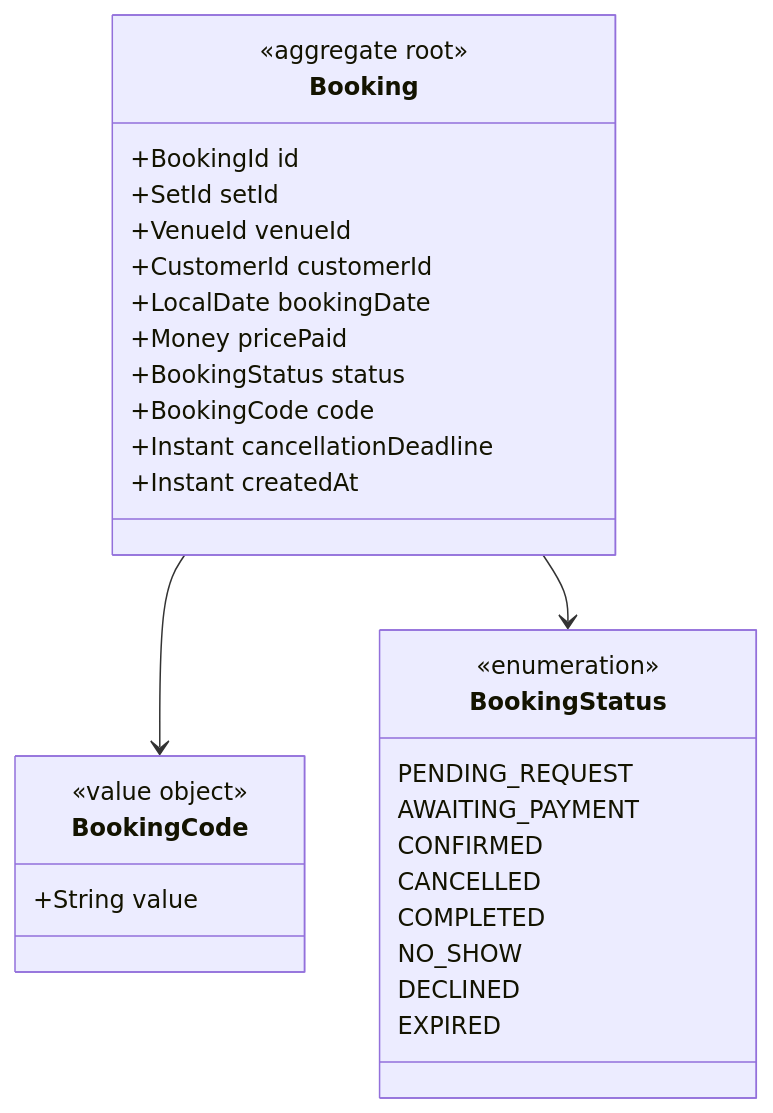
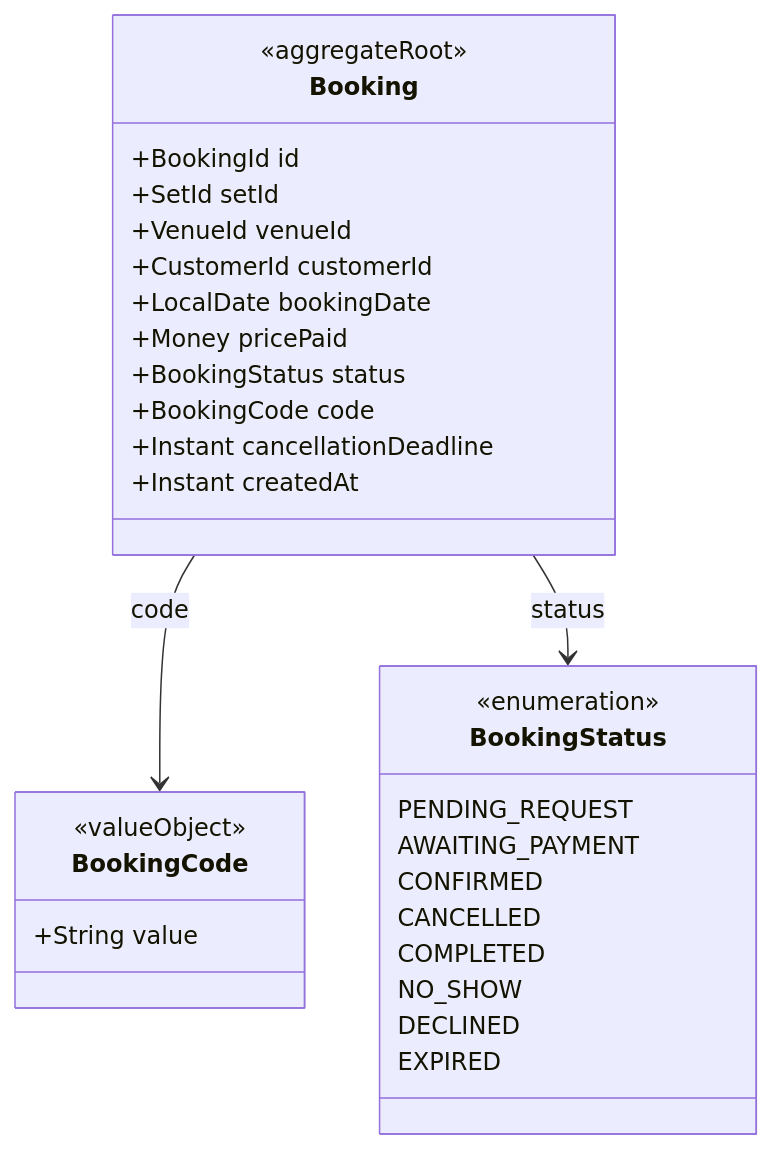
The fifth of 12 diagrams in docs/architecture/domain-model.md (ivopogace/riviera-sunbed-booking), drawn with Mermaid before and after one commit. The commit also changed other lines of this file, not shown here.

First line of the commit message:
Fix class-diagram Mermaid syntax so aggregates render

````diff
--- a/docs/architecture/domain-model.md
+++ b/docs/architecture/domain-model.md
@@ -209,33 +209,33 @@
 ```mermaid
 classDiagram
     class Booking {
-        <<aggregate root>>
+        <<aggregateRoot>>
         +BookingId id
         +SetId setId
         +VenueId venueId
         +CustomerId customerId
         +LocalDate bookingDate
         +Money pricePaid
         +BookingStatus status
         +BookingCode code
         +Instant cancellationDeadline
         +Instant createdAt
     }
     class BookingCode {
-        <<value object>>
+        <<valueObject>>
         +String value
     }
     class BookingStatus {
         <<enumeration>>
         PENDING_REQUEST
         AWAITING_PAYMENT
         CONFIRMED
         CANCELLED
         COMPLETED
         NO_SHOW
         DECLINED
         EXPIRED
     }
-    Booking --> BookingCode
-    Booking --> BookingStatus
+    Booking --> BookingCode : code
+    Booking --> BookingStatus : status
 ```
````
